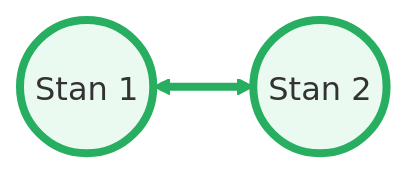
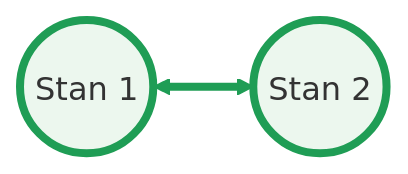
Before and after one commit to moondec/Termodynamika: the first of 2 diagrams in Wyklady/06_II_Zasada_1.qmd, drawn with Mermaid. The commit also changed other lines of this file and 229 other files, not shown here.

````diff
--- a/Wyklady/06_II_Zasada_1.qmd
+++ b/Wyklady/06_II_Zasada_1.qmd
@@ -512,9 +462,9 @@
 ```{mermaid}
-%%{init: {'theme': 'default', 'flowchart': {'htmlLabels': false, 'curve': 'basis', 'wrappingWidth': 400, 'subGraphTitleMargin': {'top': 6, 'bottom': 16}}, 'themeVariables': {'fontSize': '16px', 'fontFamily': 'Arial, Helvetica, sans-serif', 'primaryColor': '#ffffff', 'edgeLabelBackground': '#ffffff', 'tertiaryColor': '#fff0f0'}, 'htmlLabels': false}}%%
+%%{init: {'theme': 'default', 'flowchart': {'htmlLabels': false, 'curve': 'basis', 'wrappingWidth': 400, 'subGraphTitleMargin': {'top': 6, 'bottom': 16}}, 'themeVariables': {'fontSize': '16px', 'fontFamily': 'Arial, Helvetica, sans-serif', 'primaryColor': '#ffffff', 'edgeLabelBackground': '#ffffff', 'tertiaryColor': '#fff4e3'}, 'htmlLabels': false}}%%
 flowchart LR
     A((Stan 1)) <==> B((Stan 2))
 
-    style A fill:#eafaf1,stroke:#27ae60,stroke-width:4px
-    style B fill:#eafaf1,stroke:#27ae60,stroke-width:4px
-    linkStyle 0 stroke:#27ae60,stroke-width:4px
+    style A fill:#ecf7ee,stroke:#1f9d55,stroke-width:4px
+    style B fill:#ecf7ee,stroke:#1f9d55,stroke-width:4px
+    linkStyle 0 stroke:#1f9d55,stroke-width:4px
 ```
````
